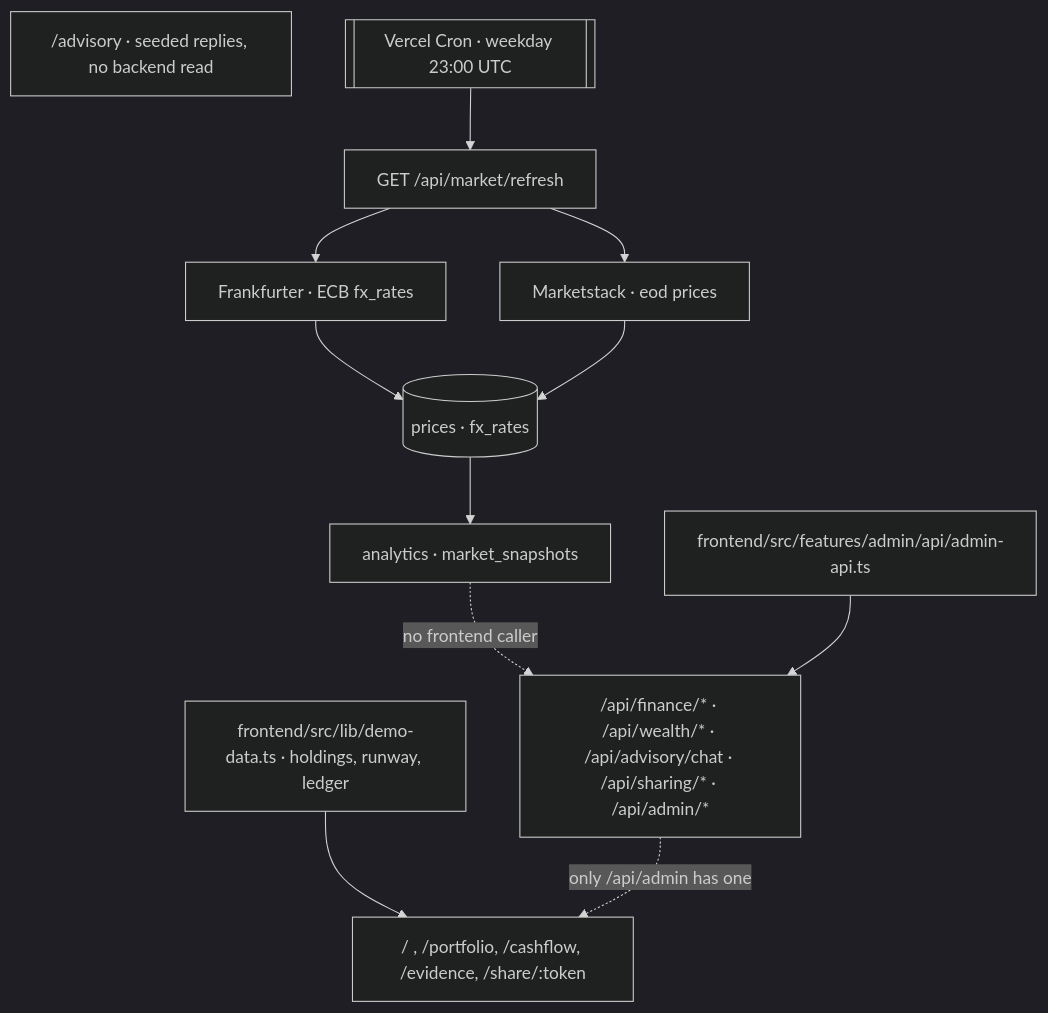
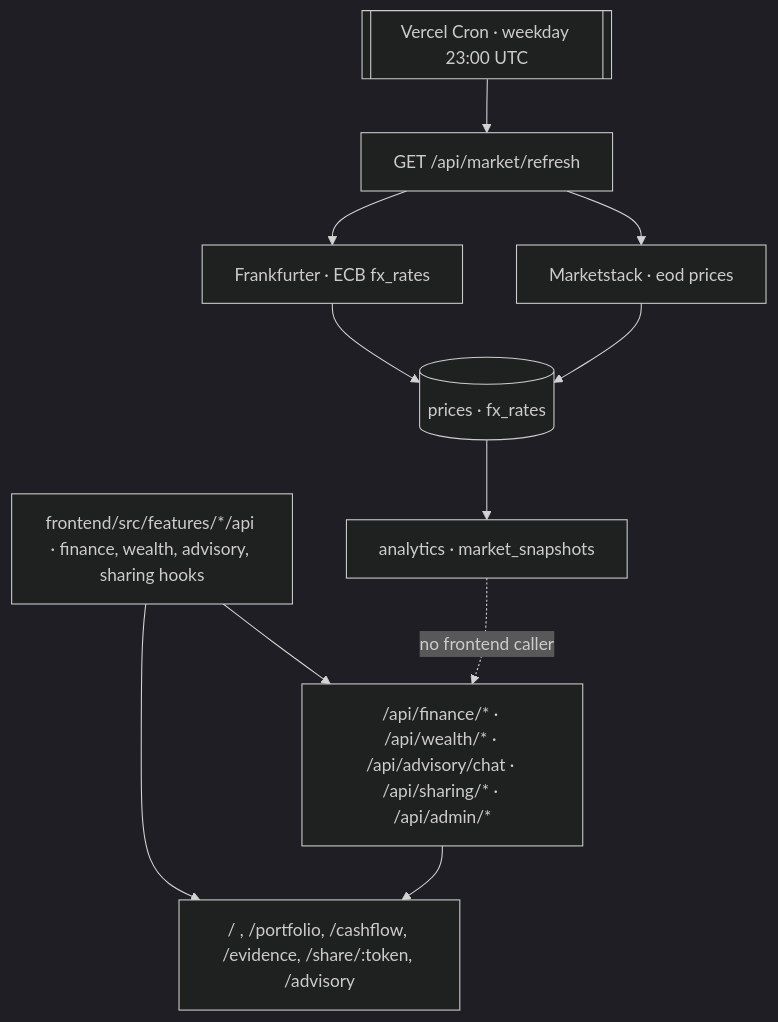
Before and after one commit to Nikhil-Mundhra/Wealth-Advisor: the second of 2 diagrams in docs/domain/advisory-pipeline.md, drawn with Mermaid (dark theme). The commit also changed other lines of this file and 24 other files, not shown here.

First line of the commit message:
fix(frontend): read advisory pages from backend APIs (G13) (#59)

````diff
--- a/docs/domain/advisory-pipeline.md
+++ b/docs/domain/advisory-pipeline.md
@@ -97,17 +97,15 @@
 ```mermaid
 flowchart TB
-  fixtures["frontend/src/lib/demo-data.ts · holdings, runway, ledger"]
-  fixtures --> pages["/ , /portfolio, /cashflow, /evidence, /share/:token"]
-  canned["/advisory · seeded replies, no backend read"]
-  admin["frontend/src/features/admin/api/admin-api.ts"]
+  hooks["frontend/src/features/*/api · finance, wealth, advisory, sharing hooks"]
+  hooks --> pages["/ , /portfolio, /cashflow, /evidence, /share/:token, /advisory"]
   cron[["Vercel Cron · weekday 23:00 UTC"]] --> refresh["GET /api/market/refresh"]
   refresh --> frankfurter[Frankfurter · ECB fx_rates]
   refresh --> marketstack[Marketstack · eod prices]
   frankfurter --> stores[(prices · fx_rates)]
   marketstack --> stores
   stores --> snapshot[analytics · market_snapshots]
   routes["/api/finance/* · /api/wealth/* · /api/advisory/chat · /api/sharing/* · /api/admin/*"]
   snapshot -. no frontend caller .-> routes
-  routes -. only /api/admin has one .-> pages
-  admin --> routes
+  routes --> pages
+  hooks --> routes
 ```
````
